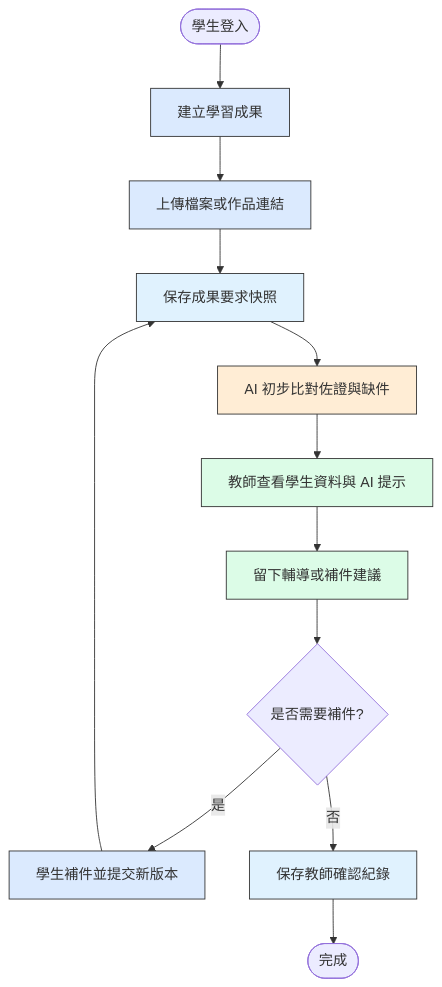
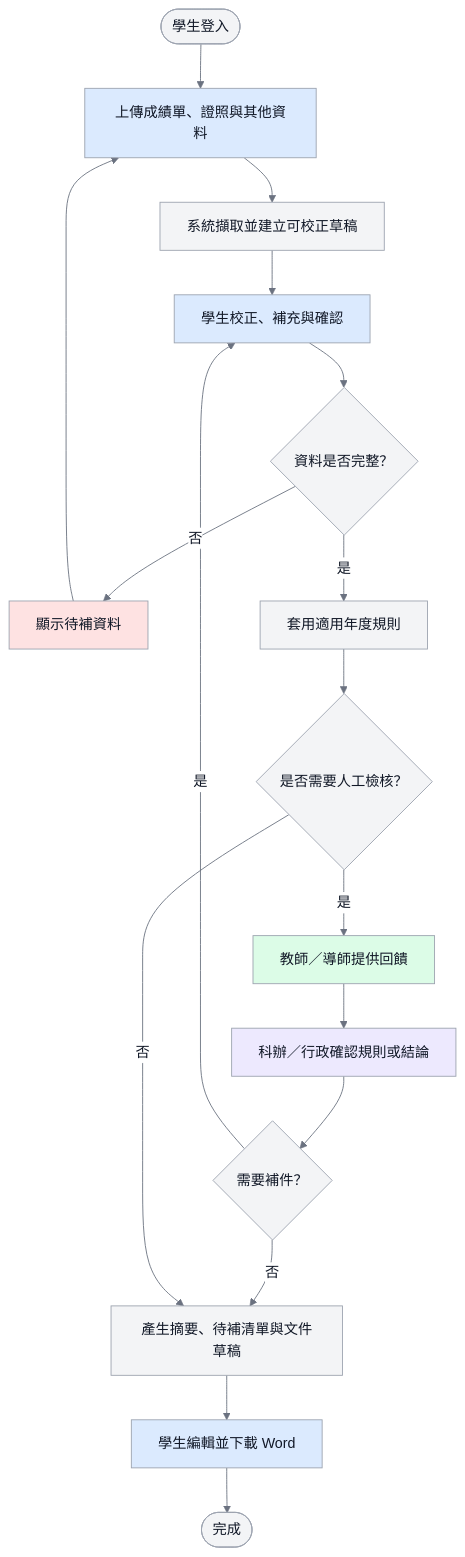
The diagram in docs/images/D-10-midterm-core-flow.mmd (vujhdcusa/1028), drawn with Mermaid before and after one commit. The commit also changed 16 other files, not shown here.

Commit message:
docs: correct learning portfolio flow diagrams

```diff
--- a/docs/images/D-10-midterm-core-flow.mmd
+++ b/docs/images/D-10-midterm-core-flow.mmd
@@ -1,19 +1,24 @@
+%%{init: {'theme':'base','themeVariables': {'fontFamily':'Microsoft JhengHei, Noto Sans TC, Arial, sans-serif','primaryColor':'#F3F4F6','primaryTextColor':'#111827','primaryBorderColor':'#9CA3AF','lineColor':'#6B7280','edgeLabelBackground':'#FFFFFF'}}}%%
 flowchart TD
-    classDef student fill:#DBEAFE,stroke:#333;
-    classDef teacher fill:#DCFCE7,stroke:#333;
-    classDef staff fill:#EDE9FE,stroke:#333;
-    classDef ai fill:#FFEDD5,stroke:#333;
-    classDef backend fill:#E0F2FE,stroke:#333;
-    classDef alert fill:#FEE2E2,stroke:#333;
+    classDef student fill:#DBEAFE,stroke:#9CA3AF,color:#111827,stroke-width:1px;
+    classDef system fill:#F3F4F6,stroke:#9CA3AF,color:#111827,stroke-width:1px;
+    classDef teacher fill:#DCFCE7,stroke:#9CA3AF,color:#111827,stroke-width:1px;
+    classDef staff fill:#EDE9FE,stroke:#9CA3AF,color:#111827,stroke-width:1px;
+    classDef alert fill:#FEE2E2,stroke:#9CA3AF,color:#111827,stroke-width:1px;
 
-    Start([學生登入]) --> Portfolio[建立學習成果]:::student
-    Portfolio --> Evidence[上傳檔案或作品連結]:::student
-    Evidence --> Snapshot[保存成果要求快照]:::backend
-    Snapshot --> AI[AI 初步比對佐證與缺件]:::ai
-    AI --> Teacher[教師查看學生資料與 AI 提示]:::teacher
-    Teacher --> Feedback[留下輔導或補件建議]:::teacher
-    Feedback --> NeedFix{是否需要補件?}
-    NeedFix -- 是 --> Revise[學生補件並提交新版本]:::student
-    Revise --> Snapshot
-    NeedFix -- 否 --> Complete[保存教師確認紀錄]:::backend
-    Complete --> End([完成])
+    Start([學生登入]) --> Upload[上傳成績單、證照與其他資料]:::student
+    Upload --> Extract[系統擷取並建立可校正草稿]:::system
+    Extract --> Confirm[學生校正、補充與確認]:::student
+    Confirm --> Complete{資料是否完整？}
+    Complete -- 否 --> Missing[顯示待補資料]:::alert
+    Missing --> Upload
+    Complete -- 是 --> Rules[套用適用年度規則]:::system
+    Rules --> Check{是否需要人工檢核？}
+    Check -- 是 --> Teacher[教師／導師提供回饋]:::teacher
+    Teacher --> Staff[科辦／行政確認規則或結論]:::staff
+    Staff --> Fix{需要補件？}
+    Fix -- 是 --> Confirm
+    Fix -- 否 --> Result[產生摘要、待補清單與文件草稿]:::system
+    Check -- 否 --> Result
+    Result --> Word[學生編輯並下載 Word]:::student
+    Word --> End([完成])
```
